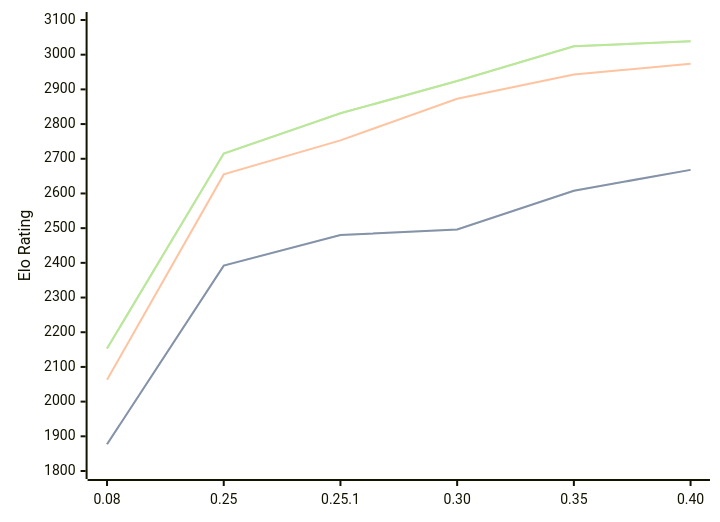
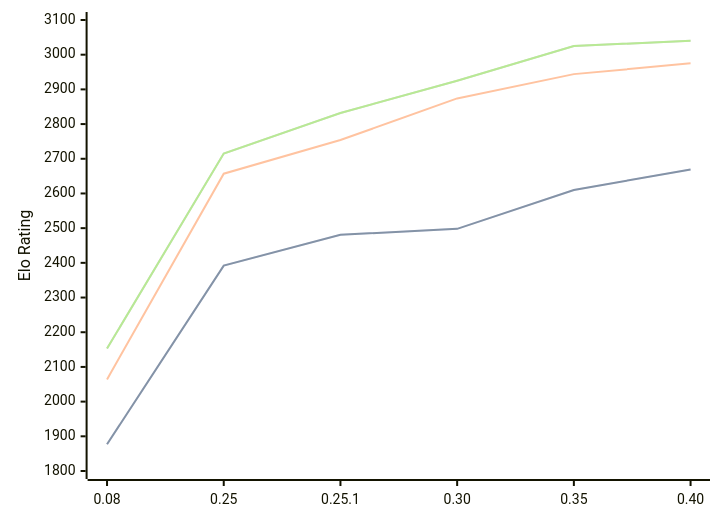
The diagram in engines/Gecko.md (computer-chess-index/cci), drawn with Mermaid before and after one commit. The commit also changed other lines of this file, not shown here.

Commit message:
Update CCI Ratings (ELO VLTC) - 2026-08-26

````diff
--- a/engines/Gecko.md
+++ b/engines/Gecko.md
@@ -36,11 +36,11 @@
 ```mermaid
 %%{init: {"theme":"base","themeVariables":{"seriesColors:['#a3a3a3','#222221','#faa371']}}}%%
 xychart-beta
   x-axis ["0.08", "0.25", "0.25.1", "0.30", "0.35", "0.40"]
   y-axis "Elo Rating" 1800 --> 3100
-  line "STC (8.0+0.08s)" [1877, 2392, 2480, 2496, 2608, 2668]
-  line "STC (8.0+0.08s)" [1877, 2392, 2480, 2496, 2608, 2668]
-  line "LTC (60.0+0.60s)" [2063, 2655, 2753, 2873, 2943, 2974]
-  line "VLTC (2m24s+1.12s)" [2153, 2715, 2831, 2924, 3024, 3039]
-  line "VLTC (2m24s+1.12s)" [2153, 2715, 2831, 2924, 3024, 3039]
+  line "STC (8.0+0.08s)" [1877, 2392, 2481, 2498, 2610, 2669]
+  line "STC (8.0+0.08s)" [1877, 2392, 2481, 2498, 2610, 2669]
+  line "LTC (60.0+0.60s)" [2064, 2657, 2754, 2874, 2944, 2975]
+  line "VLTC (2m24s+1.12s)" [2153, 2715, 2832, 2925, 3025, 3040]
+  line "VLTC (2m24s+1.12s)" [2153, 2715, 2832, 2925, 3025, 3040]
 ```
````
